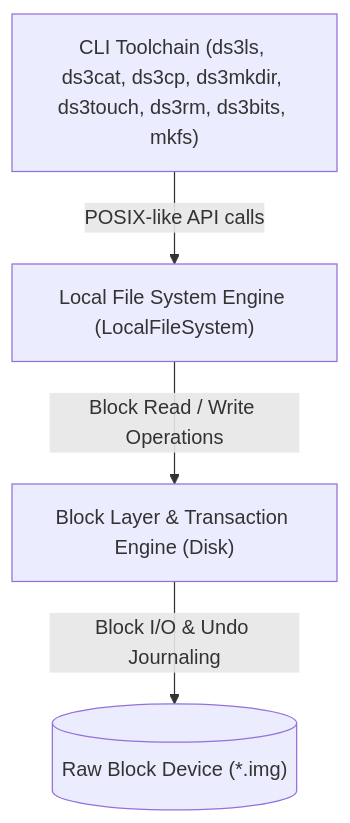
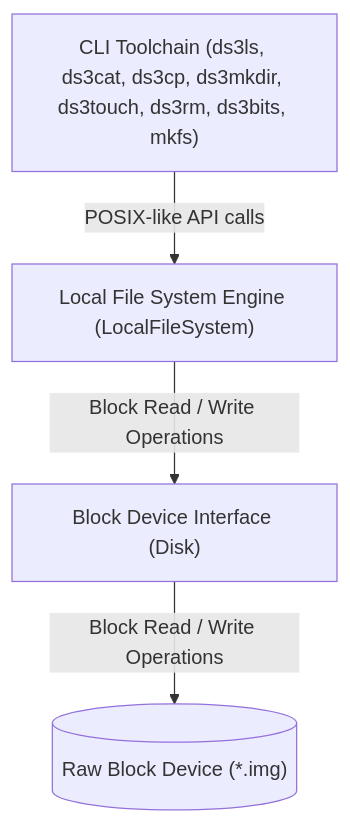
One commit to Siyu-L/FileSystem changed the diagram in README.md. Above: the diagram before and after it, drawn with Mermaid. The commit also changed other lines of this file, not shown here.

````diff
--- a/README.md
+++ b/README.md
@@ -21,11 +20,11 @@
 ```mermaid
 flowchart TD
     CLI["CLI Toolchain (ds3ls, ds3cat, ds3cp, ds3mkdir, ds3touch, ds3rm, ds3bits, mkfs)"]
     LFS["Local File System Engine (LocalFileSystem)"]
-    Disk["Block Layer & Transaction Engine (Disk)"]
+    Disk["Block Device Interface (Disk)"]
     Storage[("Raw Block Device (*.img)")]
 
     CLI -->|POSIX-like API calls| LFS
     LFS -->|Block Read / Write Operations| Disk
-    Disk -->|Block I/O & Undo Journaling| Storage
+    Disk -->|Block Read / Write Operations| Storage
 ```
````
